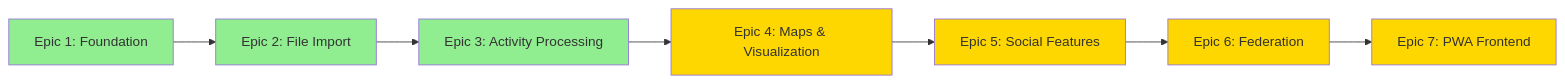
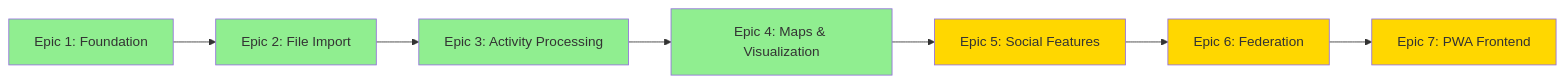
Before and after one commit to avi-xe/lievre: the sixth of 6 diagrams in C4_MODEL.md, drawn with Mermaid. The commit also changed other lines of this file, not shown here.

````diff
--- a/C4_MODEL.md
+++ b/C4_MODEL.md
@@ -331,17 +333,17 @@
 ```mermaid
 graph LR
     A[Epic 1: Foundation] --> B[Epic 2: File Import]
     B --> C[Epic 3: Activity Processing]
     C --> D[Epic 4: Maps & Visualization]
     D --> E[Epic 5: Social Features]
     E --> F[Epic 6: Federation]
     F --> G[Epic 7: PWA Frontend]
 
     style A fill:#90EE90
     style B fill:#90EE90
     style C fill:#90EE90
-    style D fill:#FFD700
+    style D fill:#90EE90
     style E fill:#FFD700
     style F fill:#FFD700
     style G fill:#FFD700
 ```
````
